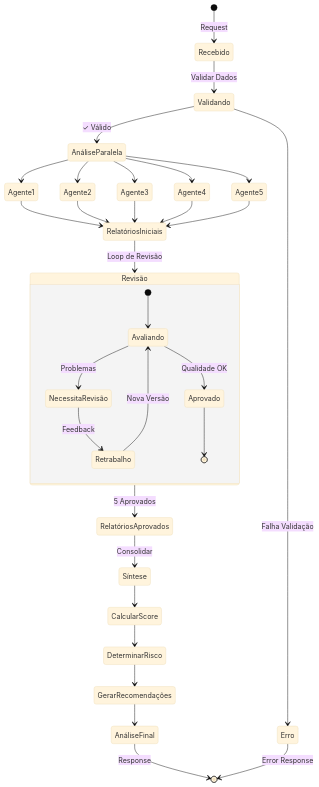
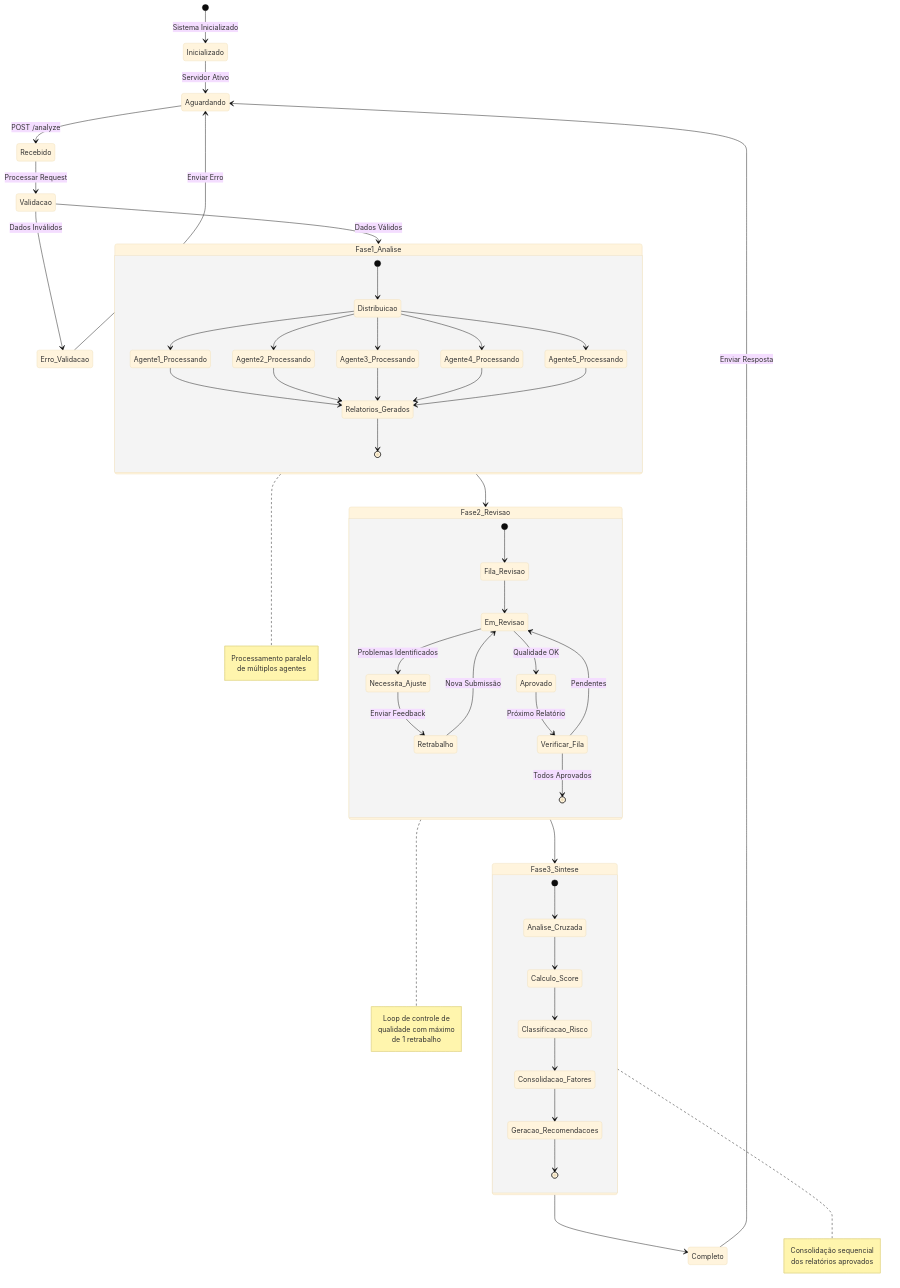
Before and after one commit to cairocruz/hubAgentsV2: the fifth of 8 diagrams in README.md, drawn with Mermaid (base theme). The commit also changed other lines of this file, not shown here.

````diff
--- a/README.md
+++ b/README.md
@@ -244,43 +356,79 @@
 ```mermaid
 stateDiagram-v2
-    [*] --> Recebido: Request
+    [*] --> Inicializado: Sistema Inicializado
     
-    Recebido --> Validando: Validar Dados
-    Validando --> Erro: Falha Validação
-    Validando --> AnáliseParalela: ✓ Válido
+    Inicializado --> Aguardando: Servidor Ativo
     
-    AnáliseParalela --> Agente1
-    AnáliseParalela --> Agente2
-    AnáliseParalela --> Agente3
-    AnáliseParalela --> Agente4
-    AnáliseParalela --> Agente5
+    Aguardando --> Recebido: POST /analyze
     
-    Agente1 --> RelatóriosIniciais
-    Agente2 --> RelatóriosIniciais
-    Agente3 --> RelatóriosIniciais
-    Agente4 --> RelatóriosIniciais
-    Agente5 --> RelatóriosIniciais
+    Recebido --> Validacao: Processar Request
     
-    RelatóriosIniciais --> Revisão: Loop de Revisão
+    Validacao --> Erro_Validacao: Dados Inválidos
+    Validacao --> Fase1_Analise: Dados Válidos
     
-    state Revisão {
-        [*] --> Avaliando
-        Avaliando --> Aprovado: Qualidade OK
-        Avaliando --> NecessitaRevisão: Problemas
-        NecessitaRevisão --> Retrabalho: Feedback
-        Retrabalho --> Avaliando: Nova Versão
-        Aprovado --> [*]
+    state Fase1_Analise {
+        [*] --> Distribuicao
+        Distribuicao --> Agente1_Processando
+        Distribuicao --> Agente2_Processando
+        Distribuicao --> Agente3_Processando
+        Distribuicao --> Agente4_Processando
+        Distribuicao --> Agente5_Processando
+        
+        Agente1_Processando --> Relatorios_Gerados
+        Agente2_Processando --> Relatorios_Gerados
+        Agente3_Processando --> Relatorios_Gerados
+        Agente4_Processando --> Relatorios_Gerados
+        Agente5_Processando --> Relatorios_Gerados
+        
+        Relatorios_Gerados --> [*]
     }
     
-    Revisão --> RelatóriosAprovados: 5 Aprovados
+    Fase1_Analise --> Fase2_Revisao
     
-    RelatóriosAprovados --> Síntese: Consolidar
+    state Fase2_Revisao {
+        [*] --> Fila_Revisao
+        Fila_Revisao --> Em_Revisao
+        
+        Em_Revisao --> Aprovado: Qualidade OK
+        Em_Revisao --> Necessita_Ajuste: Problemas Identificados
+        
+        Necessita_Ajuste --> Retrabalho: Enviar Feedback
+        Retrabalho --> Em_Revisao: Nova Submissão
+        
+        Aprovado --> Verificar_Fila: Próximo Relatório
+        Verificar_Fila --> Em_Revisao: Pendentes
+        Verificar_Fila --> [*]: Todos Aprovados
+    }
     
-    Síntese --> CalcularScore
-    CalcularScore --> DeterminarRisco
-    DeterminarRisco --> GerarRecomendações
-    GerarRecomendações --> AnáliseFinal
+    Fase2_Revisao --> Fase3_Sintese
     
-    AnáliseFinal --> [*]: Response
-    Erro --> [*]: Error Response
+    state Fase3_Sintese {
+        [*] --> Analise_Cruzada
+        Analise_Cruzada --> Calculo_Score
+        Calculo_Score --> Classificacao_Risco
+        Classificacao_Risco --> Consolidacao_Fatores
+        Consolidacao_Fatores --> Geracao_Recomendacoes
+        Geracao_Recomendacoes --> [*]
+    }
+    
+    Fase3_Sintese --> Completo
+    
+    Completo --> Aguardando: Enviar Resposta
+    Erro_Validacao --> Aguardando: Enviar Erro
+    
+    note right of Fase1_Analise
+        Processamento paralelo
+        de múltiplos agentes
+    end note
+    
+    note right of Fase2_Revisao
+        Loop de controle de
+        qualidade com máximo
+        de 1 retrabalho
+    end note
+    
+    note right of Fase3_Sintese
+        Consolidação sequencial
+        dos relatórios aprovados
+    end note
 ```
````
